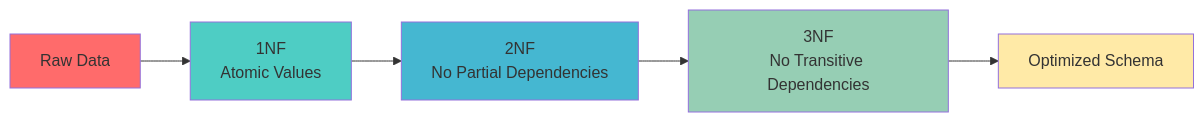
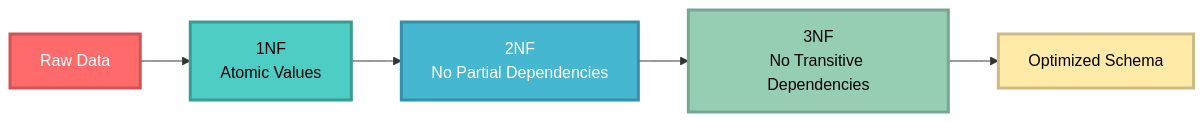
One commit to SairajJadhav08/MEDLOCUS---Precision-Care-Through-Smart-Management changed the sixth of 12 diagrams in README.md. Above: the diagram before and after it, drawn with Mermaid. The commit also changed other lines of this file, not shown here.

Commit message:
Update README: Fix GitHub rendering, improve logo layout, enhance mermaid diagrams

````diff
--- a/README.md
+++ b/README.md
@@ -528,13 +351,13 @@
 ```mermaid
 graph LR
-    A[Raw Data] --> B[1NF<br/>Atomic Values]
-    B --> C[2NF<br/>No Partial Dependencies]
-    C --> D[3NF<br/>No Transitive Dependencies]
-    D --> E[Optimized Schema]
+    A["Raw Data"] --> B["1NF<br/>Atomic Values"]
+    B --> C["2NF<br/>No Partial Dependencies"]
+    C --> D["3NF<br/>No Transitive Dependencies"]
+    D --> E["Optimized Schema"]
     
-    style A fill:#FF6B6B
-    style B fill:#4ECDC4
-    style C fill:#45B7D1
-    style D fill:#96CEB4
-    style E fill:#FFEAA7
+    style A fill:#FF6B6B,stroke:#CC5555,stroke-width:3px,color:#FFFFFF
+    style B fill:#4ECDC4,stroke:#3A9D8F,stroke-width:3px,color:#000000
+    style C fill:#45B7D1,stroke:#368FA8,stroke-width:3px,color:#FFFFFF
+    style D fill:#96CEB4,stroke:#77A693,stroke-width:3px,color:#000000
+    style E fill:#FFEAA7,stroke:#CCBB85,stroke-width:3px,color:#000000
 ```
````
